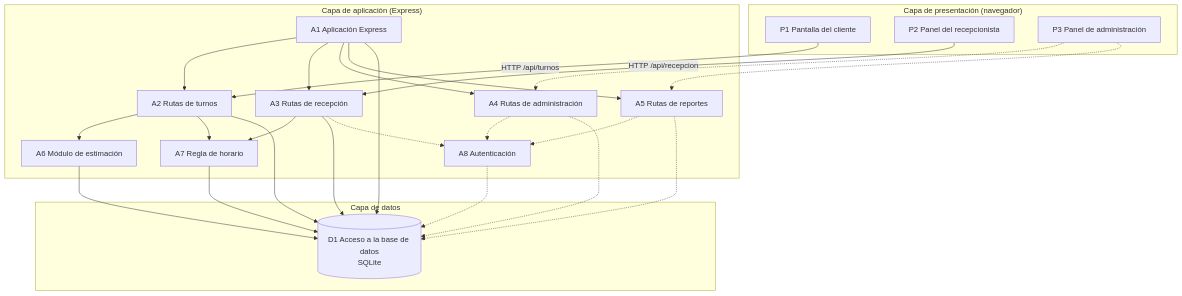
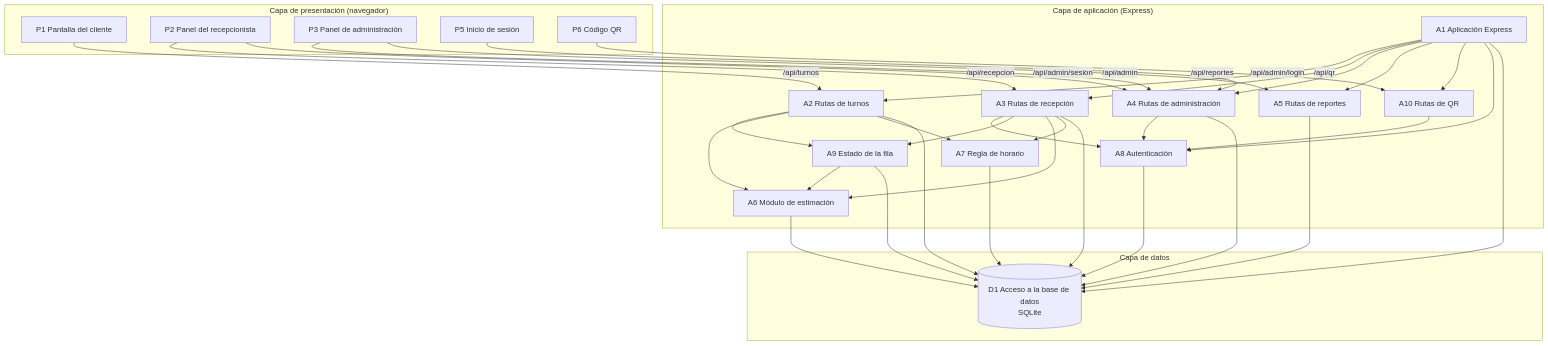
One commit to Dconduar/GestionDeTurnosProyecto changed the diagram in docs/componentes.md. Above: the diagram before and after it, drawn with Mermaid. The commit also changed other lines of this file and 23 other files, not shown here.

Commit message:
GES-54: correcciones, turnos preferenciales y filtro de reportes

````diff
--- a/docs/componentes.md
+++ b/docs/componentes.md
@@ -43,49 +47,63 @@
 ```mermaid
 flowchart TB
     subgraph PRES["Capa de presentación (navegador)"]
         P1["P1 Pantalla del cliente"]
         P2["P2 Panel del recepcionista"]
         P3["P3 Panel de administración"]
+        P5["P5 Inicio de sesión"]
+        P6["P6 Código QR"]
     end
 
     subgraph APP["Capa de aplicación (Express)"]
         A1["A1 Aplicación Express"]
         A2["A2 Rutas de turnos"]
         A3["A3 Rutas de recepción"]
         A4["A4 Rutas de administración"]
         A5["A5 Rutas de reportes"]
+        A10["A10 Rutas de QR"]
+        A9["A9 Estado de la fila"]
         A6["A6 Módulo de estimación"]
         A7["A7 Regla de horario"]
         A8["A8 Autenticación"]
     end
 
     subgraph DAT["Capa de datos"]
         D1[("D1 Acceso a la base de datos<br/>SQLite")]
     end
 
-    P1 -- "HTTP /api/turnos" --> A2
-    P2 -- "HTTP /api/recepcion" --> A3
-    P3 -.-> A4
-    P3 -.-> A5
+    P1 -- "/api/turnos" --> A2
+    P2 -- "/api/recepcion" --> A3
+    P2 -- "/api/admin/sesion" --> A4
+    P3 -- "/api/admin" --> A4
+    P3 -- "/api/reportes" --> A5
+    P5 -- "/api/admin/login" --> A4
+    P6 -- "/api/qr" --> A10
 
     A1 --> A2
     A1 --> A3
     A1 --> A4
     A1 --> A5
+    A1 --> A10
+    A1 --> A8
     A1 --> D1
 
+    A2 --> A9
     A2 --> A6
     A2 --> A7
     A2 --> D1
+    A3 --> A8
+    A3 --> A9
+    A3 --> A6
     A3 --> A7
     A3 --> D1
+    A4 --> A8
+    A4 --> D1
+    A5 --> D1
+    A10 --> A8
+
+    A9 --> A6
+    A9 --> D1
     A6 --> D1
     A7 --> D1
-
-    A3 -.-> A8
-    A4 -.-> A8
-    A5 -.-> A8
-    A4 -.-> D1
-    A5 -.-> D1
-    A8 -.-> D1
+    A8 --> D1
 ```
````
